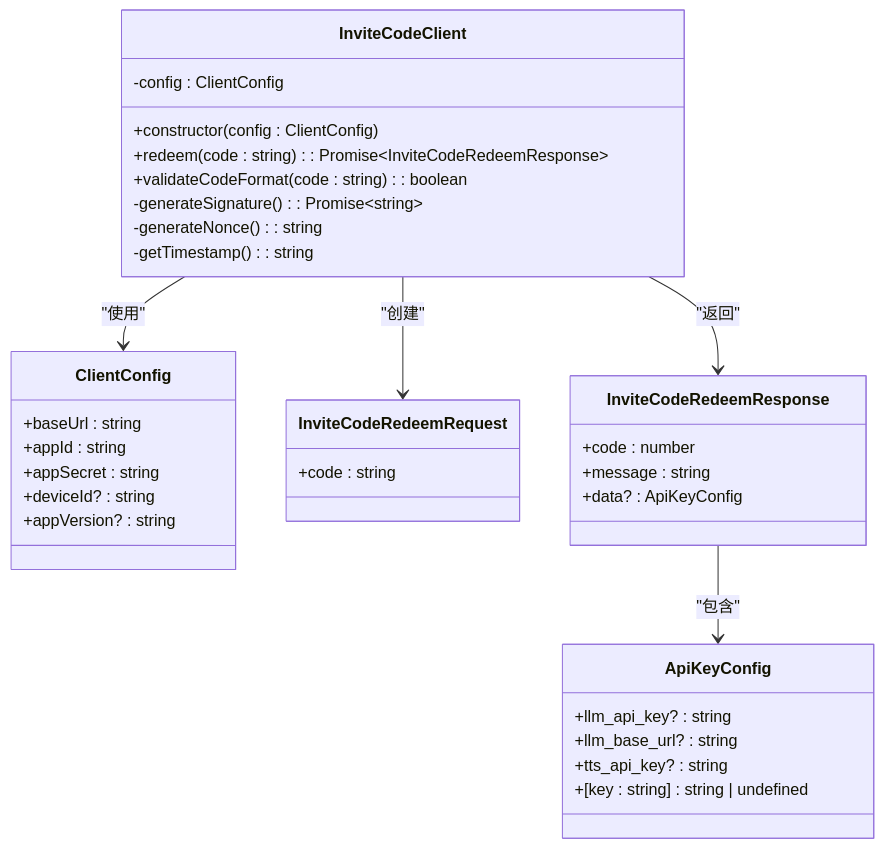
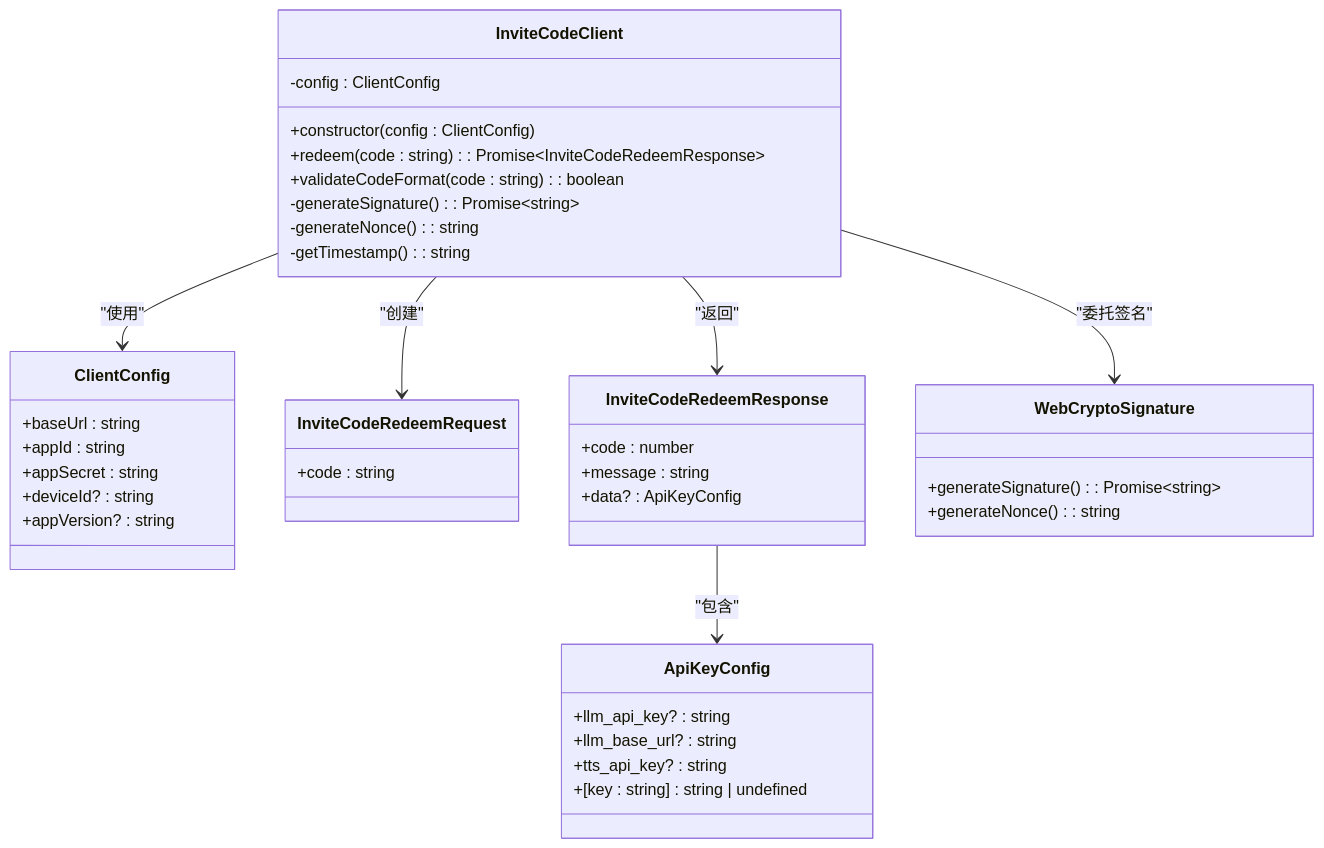
Before and after one commit to verse-ai-org/openclaw: the second of 13 diagrams in .qoder/repowiki/zh/content/核心概念/邀请码API客户端.md, drawn with Mermaid. The commit also changed other lines of this file and 24 other files, not shown here.

````diff
--- a/.qoder/repowiki/zh/content/核心概念/邀请码API客户端.md
+++ b/.qoder/repowiki/zh/content/核心概念/邀请码API客户端.md
@@ -76,37 +97,42 @@
 ```mermaid
 classDiagram
 class InviteCodeClient {
 -config : ClientConfig
 +constructor(config : ClientConfig)
 +redeem(code : string) : Promise~InviteCodeRedeemResponse~
 +validateCodeFormat(code : string) : boolean
 -generateSignature() : Promise~string~
 -generateNonce() : string
 -getTimestamp() : string
 }
 class ClientConfig {
 +baseUrl : string
 +appId : string
 +appSecret : string
 +deviceId? : string
 +appVersion? : string
 }
 class InviteCodeRedeemRequest {
 +code : string
 }
 class InviteCodeRedeemResponse {
 +code : number
 +message : string
 +data? : ApiKeyConfig
 }
 class ApiKeyConfig {
 +llm_api_key? : string
 +llm_base_url? : string
 +tts_api_key? : string
 +[key : string] : string | undefined
 }
+class WebCryptoSignature {
++generateSignature() : Promise~string~
++generateNonce() : string
+}
 InviteCodeClient --> ClientConfig : "使用"
 InviteCodeClient --> InviteCodeRedeemRequest : "创建"
 InviteCodeClient --> InviteCodeRedeemResponse : "返回"
+InviteCodeClient --> WebCryptoSignature : "委托签名"
 InviteCodeRedeemResponse --> ApiKeyConfig : "包含"
 ```
````
